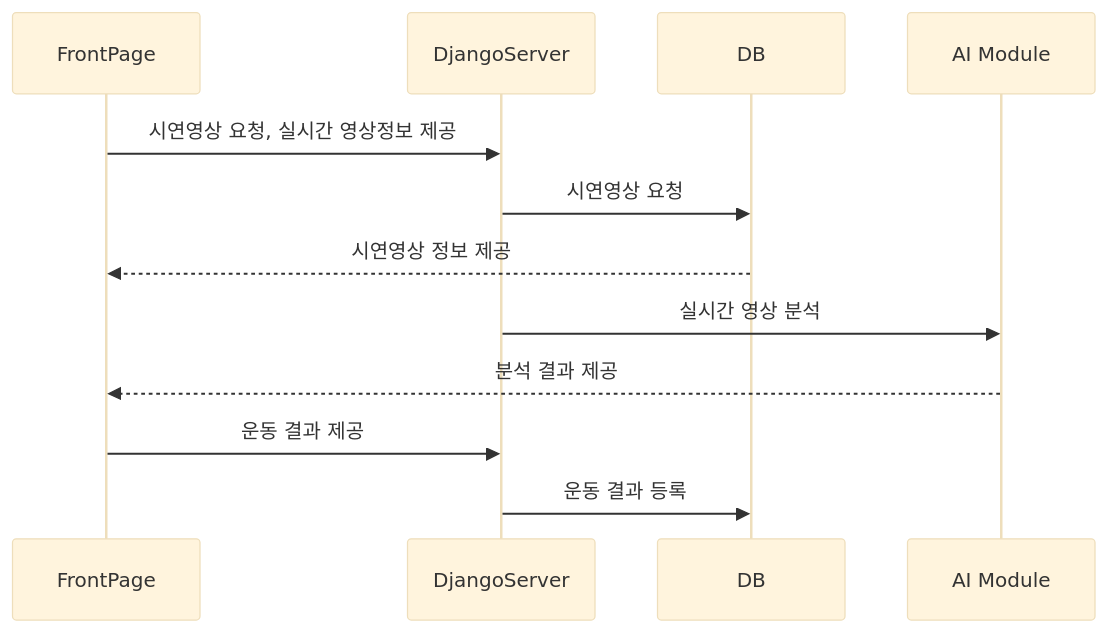
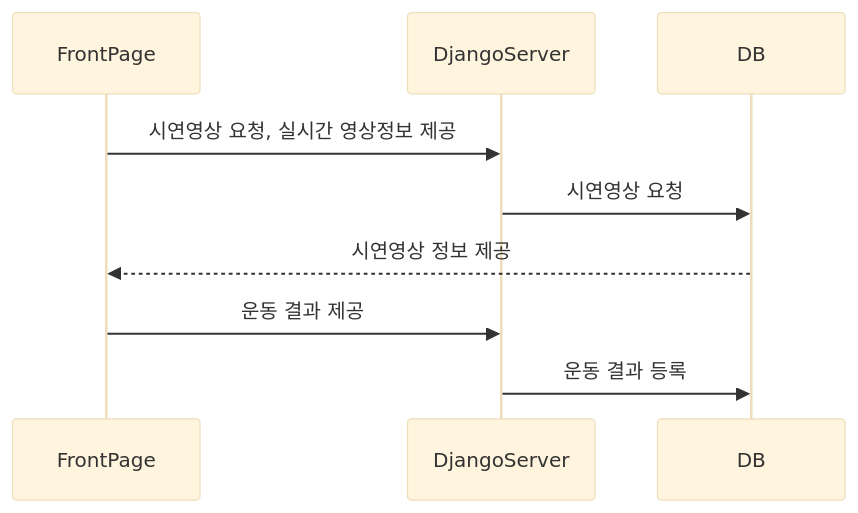
One commit to hyejiny/camfit changed the third of 7 diagrams in 기획/기능별 시퀀스다이어그램.md. Above: the diagram before and after it, drawn with Mermaid (base theme). The commit also changed other lines of this file and 23 other files, not shown here.

Commit message:
0408 modify squence diagram

````diff
--- a/기획/기능별 시퀀스다이어그램.md
+++ b/기획/기능별 시퀀스다이어그램.md
@@ -67,12 +49,10 @@
 ```mermaid
 sequenceDiagram
 
 FrontPage ->> DjangoServer : 시연영상 요청, 실시간 영상정보 제공
 DjangoServer ->> DB : 시연영상 요청
 DB -->> FrontPage : 시연영상 정보 제공
-DjangoServer ->> AI Module : 실시간 영상 분석
-AI Module -->> FrontPage : 분석 결과 제공
 FrontPage ->> DjangoServer : 운동 결과 제공
 DjangoServer ->> DB : 운동 결과 등록
 
 ```
````
